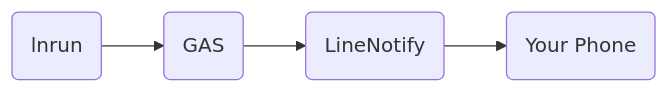
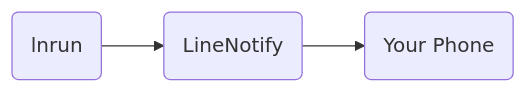
Before and after one commit to jayshihchou/lnrun: the diagram in README.md, drawn with Mermaid. The commit also changed other lines of this file, not shown here.

````diff
--- a/README.md
+++ b/README.md
@@ -7,11 +7,9 @@
 ```mermaid
 graph LR
 
 A(Your Phone)
 B(LineNotify)
-C(GAS)
-D(lnrun)
-D --> C
+C(lnrun)
 C --> B
 B --> A
 ```
````
